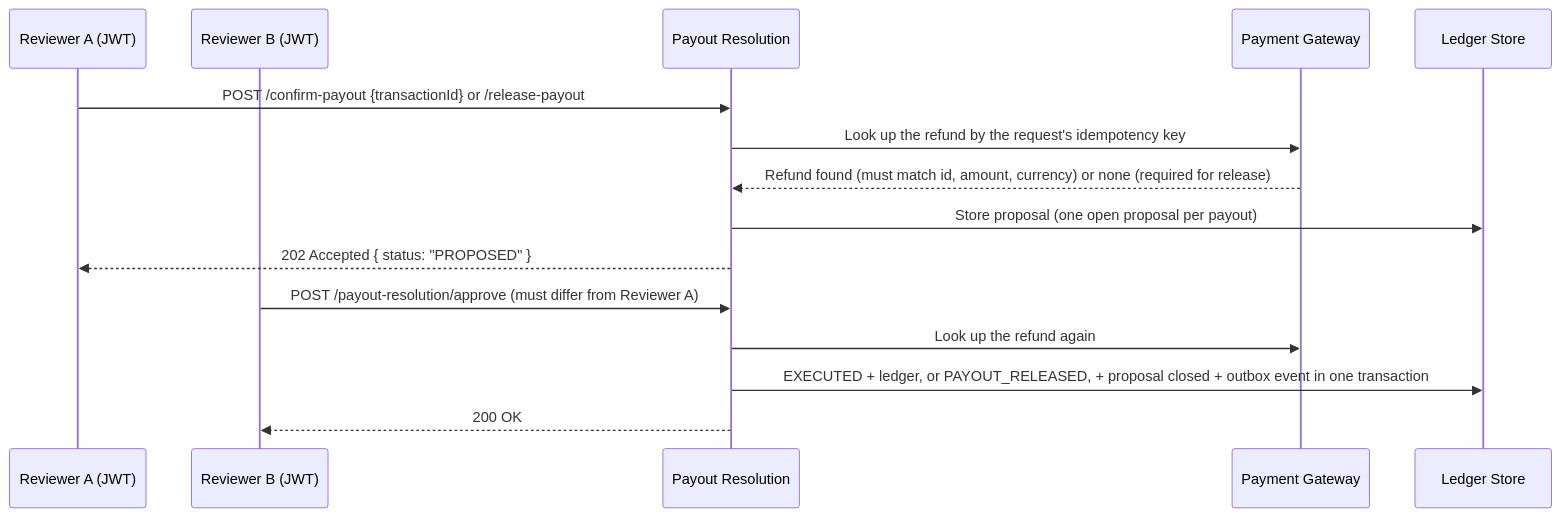
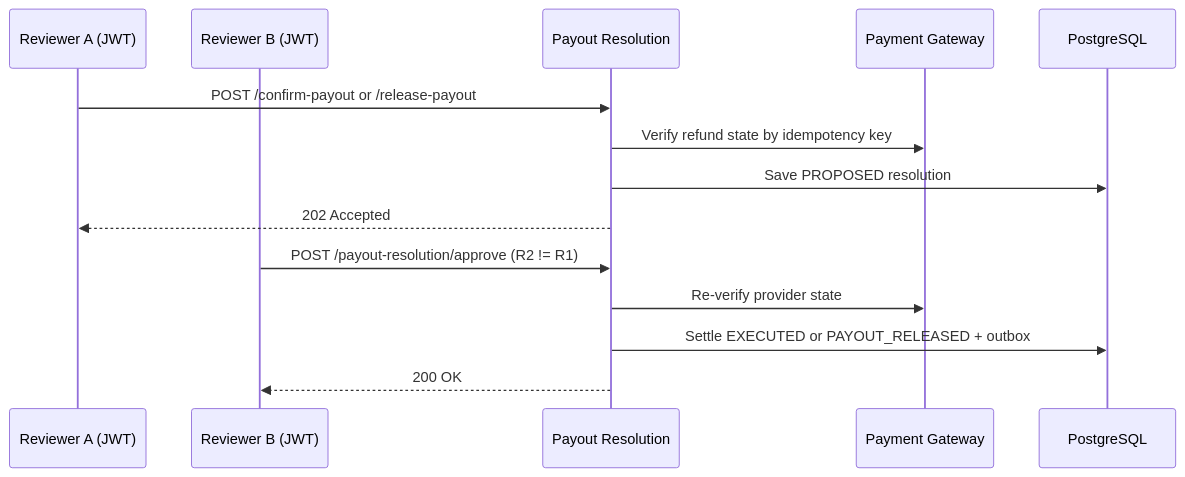
One commit to yfggg/spring-mcp-settlement-guard changed the second of 2 diagrams in README.md. Above: the diagram before and after it, drawn with Mermaid. The commit also changed other lines of this file and 1 other file, not shown here.

Commit message:
Streamline README layout and sequence diagrams

````diff
--- a/README.md
+++ b/README.md
@@ -55,18 +47,17 @@
 ```mermaid
 sequenceDiagram
     participant R1 as Reviewer A (JWT)
     participant R2 as Reviewer B (JWT)
     participant Guard as Payout Resolution
     participant GW as Payment Gateway
-    participant DB as Ledger Store
+    participant DB as PostgreSQL
 
-    R1->>Guard: POST /confirm-payout {transactionId} or /release-payout
-    Guard->>GW: Look up the refund by the request's idempotency key
-    GW-->>Guard: Refund found (must match id, amount, currency) or none (required for release)
-    Guard->>DB: Store proposal (one open proposal per payout)
-    Guard-->>R1: 202 Accepted { status: "PROPOSED" }
-    R2->>Guard: POST /payout-resolution/approve (must differ from Reviewer A)
-    Guard->>GW: Look up the refund again
-    Guard->>DB: EXECUTED + ledger, or PAYOUT_RELEASED, + proposal closed + outbox event in one transaction
+    R1->>Guard: POST /confirm-payout or /release-payout
+    Guard->>GW: Verify refund state by idempotency key
+    Guard->>DB: Save PROPOSED resolution
+    Guard-->>R1: 202 Accepted
+    R2->>Guard: POST /payout-resolution/approve (R2 != R1)
+    Guard->>GW: Re-verify provider state
+    Guard->>DB: Settle EXECUTED or PAYOUT_RELEASED + outbox
     Guard-->>R2: 200 OK
 ```
````
